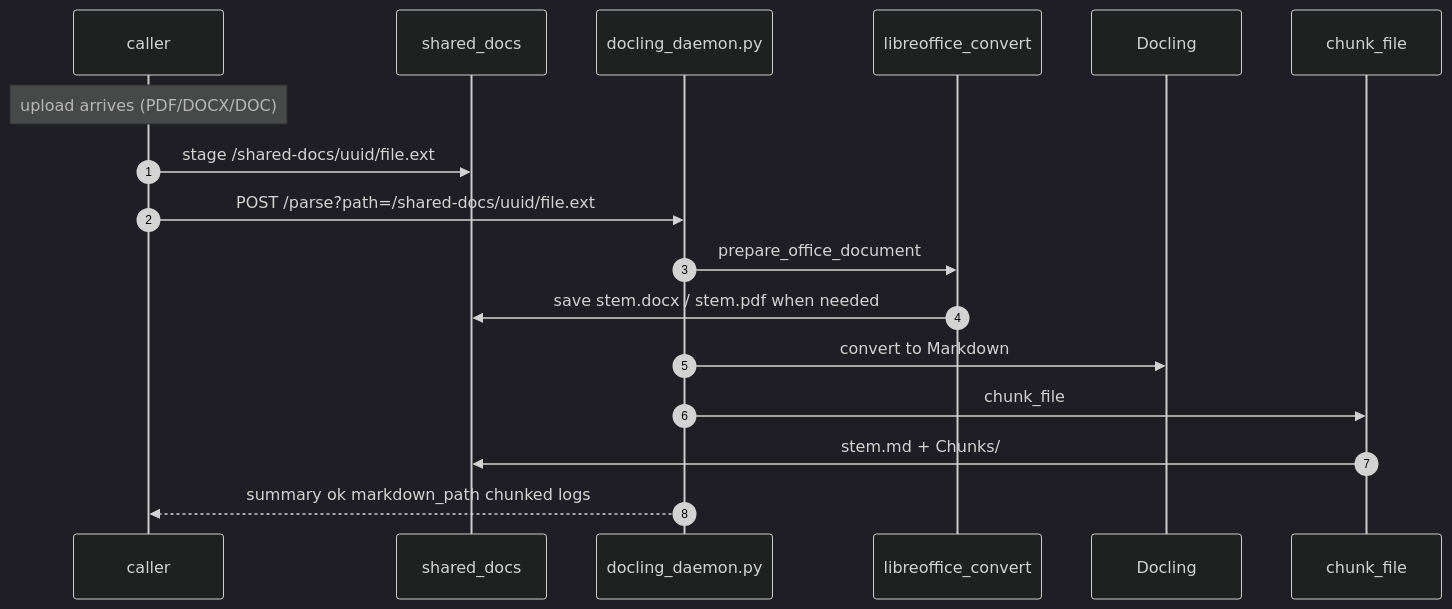
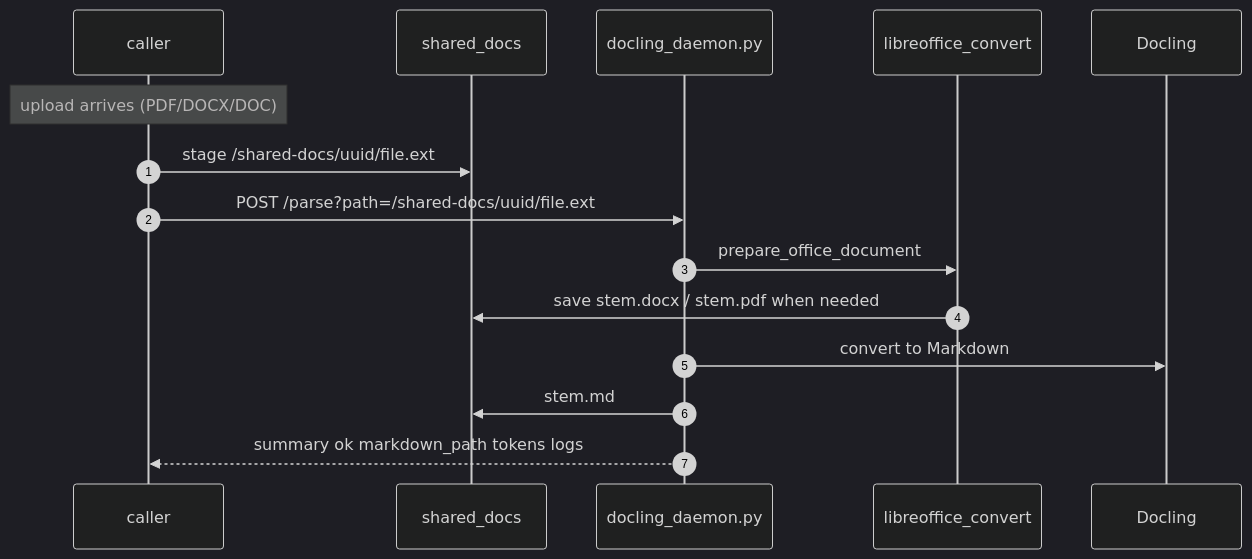
Before and after one commit to data-team-uhn/iap: the second of 2 diagrams in modules/documents/processing/processing.md, drawn with Mermaid (dark theme). The commit also changed other lines of this file and 48 other files, not shown here.

````diff
--- a/modules/documents/processing/processing.md
+++ b/modules/documents/processing/processing.md
@@ -46,20 +46,18 @@
 ```mermaid
 sequenceDiagram
     autonumber
     participant C as caller
     participant FS as shared_docs
     participant D as docling_daemon.py
     participant LO as libreoffice_convert
     participant P as Docling
-    participant W as chunk_file
 
     Note over C: upload arrives (PDF/DOCX/DOC)
     C->>FS: stage /shared-docs/uuid/file.ext
     C->>D: POST /parse?path=/shared-docs/uuid/file.ext
     D->>LO: prepare_office_document
     LO->>FS: save stem.docx / stem.pdf when needed
     D->>P: convert to Markdown
-    D->>W: chunk_file
-    W->>FS: stem.md + Chunks/
-    D-->>C: summary ok markdown_path chunked logs
+    D->>FS: stem.md
+    D-->>C: summary ok markdown_path tokens logs
 ```
````
